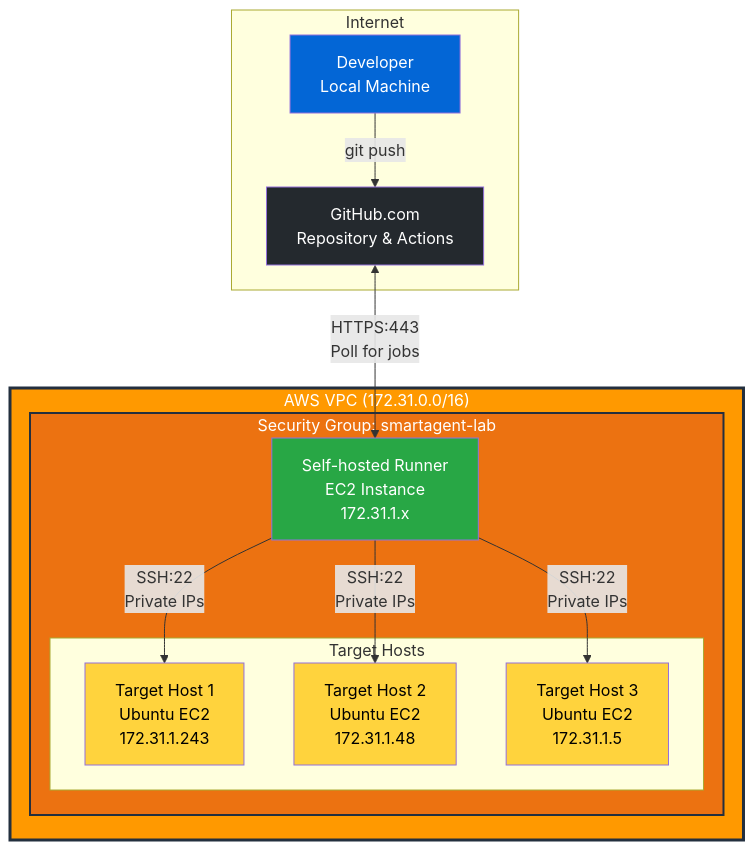
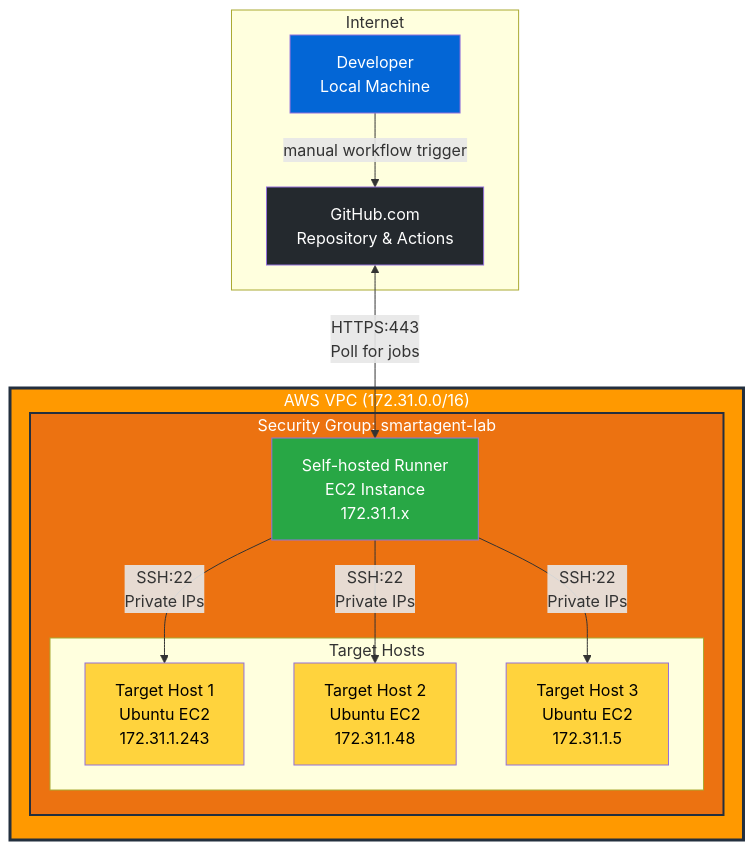
Before and after one commit to chambear2809/github-actions-lab: the first of 7 diagrams in ARCHITECTURE.md, drawn with Mermaid. The commit also changed other lines of this file and 24 other files, not shown here.

````diff
--- a/ARCHITECTURE.md
+++ b/ARCHITECTURE.md
@@ -5,34 +5,34 @@
 ```mermaid
 graph TB
     subgraph Internet
         GH[GitHub.com<br/>Repository & Actions]
         User[Developer<br/>Local Machine]
     end
 
     subgraph AWS["AWS VPC (172.31.0.0/16)"]
         subgraph SG["Security Group: smartagent-lab"]
             Runner[Self-hosted Runner<br/>EC2 Instance<br/>172.31.1.x]
             
             subgraph Targets["Target Hosts"]
                 T1[Target Host 1<br/>Ubuntu EC2<br/>172.31.1.243]
                 T2[Target Host 2<br/>Ubuntu EC2<br/>172.31.1.48]
                 T3[Target Host 3<br/>Ubuntu EC2<br/>172.31.1.5]
             end
         end
     end
 
-    User -->|git push| GH
+    User -->|manual workflow trigger| GH
     GH <-->|HTTPS:443<br/>Poll for jobs| Runner
     Runner -->|SSH:22<br/>Private IPs| T1
     Runner -->|SSH:22<br/>Private IPs| T2
     Runner -->|SSH:22<br/>Private IPs| T3
 
     style GH fill:#24292e,color:#fff
     style User fill:#0366d6,color:#fff
     style Runner fill:#28a745,color:#fff
     style T1 fill:#ffd33d,color:#000
     style T2 fill:#ffd33d,color:#000
     style T3 fill:#ffd33d,color:#000
     style AWS fill:#FF9900,color:#fff,stroke:#232F3E,stroke-width:3px
     style SG fill:#EC7211,color:#fff,stroke:#232F3E,stroke-width:2px
 ```
````
